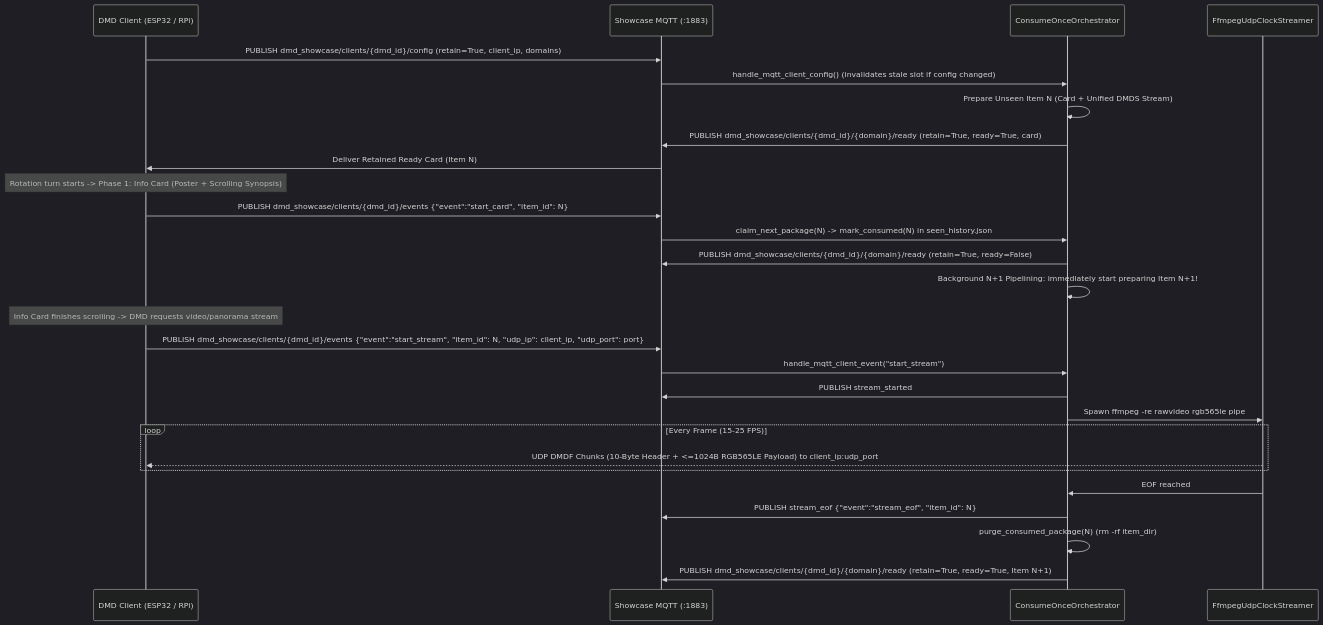
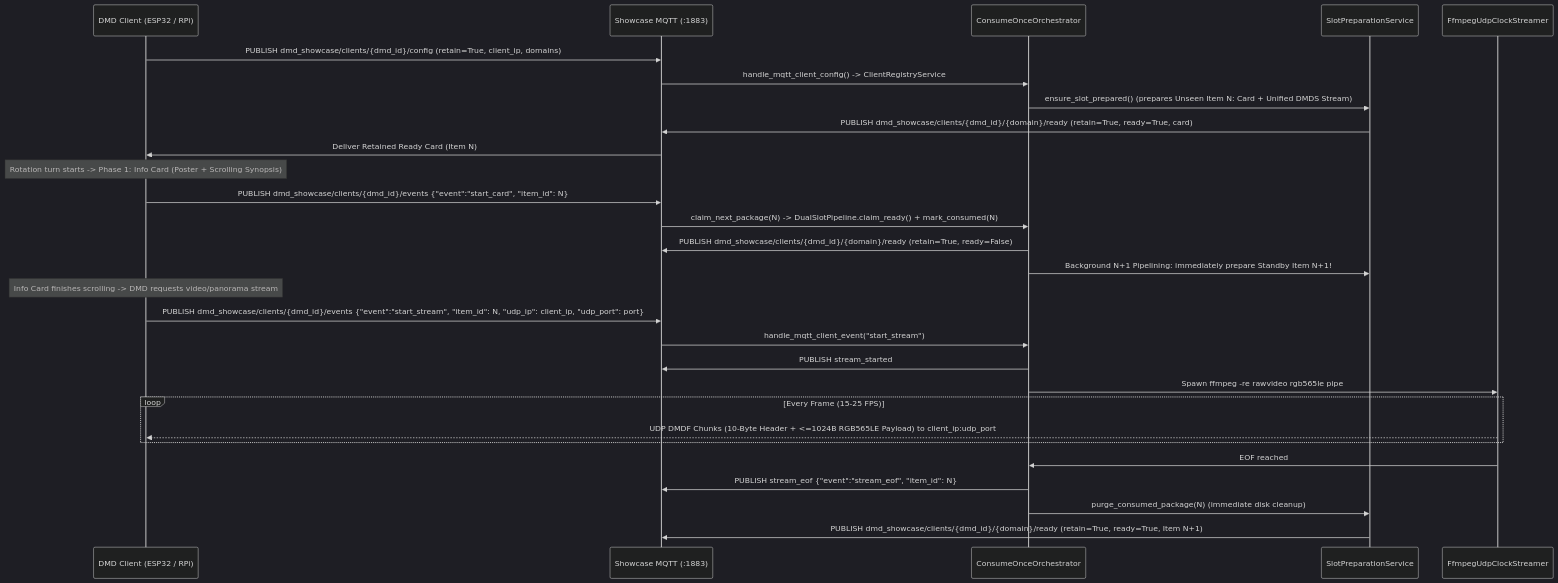
One commit to red77290/dmd_media_showcase changed the second of 2 diagrams in docs/ARCHITECTURE.md. Above: the diagram before and after it, drawn with Mermaid (dark theme). The commit also changed other lines of this file and 109 other files, not shown here.

````diff
--- a/docs/ARCHITECTURE.md
+++ b/docs/ARCHITECTURE.md
@@ -71,32 +100,33 @@
 ```mermaid
 sequenceDiagram
     participant DMD as DMD Client (ESP32 / RPi)
     participant MQTT as Showcase MQTT (:1883)
     participant ORCH as ConsumeOnceOrchestrator
+    participant PREP as SlotPreparationService
     participant FFMPEG as FfmpegUdpClockStreamer
 
     DMD->>MQTT: PUBLISH dmd_showcase/clients/{dmd_id}/config (retain=True, client_ip, domains)
-    MQTT->>ORCH: handle_mqtt_client_config() (invalidates stale slot if config changed)
-    ORCH->>ORCH: Prepare Unseen Item N (Card + Unified DMDS Stream)
-    ORCH->>MQTT: PUBLISH dmd_showcase/clients/{dmd_id}/{domain}/ready (retain=True, ready=True, card)
+    MQTT->>ORCH: handle_mqtt_client_config() -> ClientRegistryService
+    ORCH->>PREP: ensure_slot_prepared() (prepares Unseen Item N: Card + Unified DMDS Stream)
+    PREP->>MQTT: PUBLISH dmd_showcase/clients/{dmd_id}/{domain}/ready (retain=True, ready=True, card)
     MQTT->>DMD: Deliver Retained Ready Card (Item N)
 
     Note over DMD: Rotation turn starts -> Phase 1: Info Card (Poster + Scrolling Synopsis)
     DMD->>MQTT: PUBLISH dmd_showcase/clients/{dmd_id}/events {"event":"start_card", "item_id": N}
-    MQTT->>ORCH: claim_next_package(N) -> mark_consumed(N) in seen_history.json
+    MQTT->>ORCH: claim_next_package(N) -> DualSlotPipeline.claim_ready() + mark_consumed(N)
     ORCH->>MQTT: PUBLISH dmd_showcase/clients/{dmd_id}/{domain}/ready (retain=True, ready=False)
-    ORCH->>ORCH: Background N+1 Pipelining: immediately start preparing Item N+1!
+    ORCH->>PREP: Background N+1 Pipelining: immediately prepare Standby Item N+1!
 
     Note over DMD: Info Card finishes scrolling -> DMD requests video/panorama stream
     DMD->>MQTT: PUBLISH dmd_showcase/clients/{dmd_id}/events {"event":"start_stream", "item_id": N, "udp_ip": client_ip, "udp_port": port}
     MQTT->>ORCH: handle_mqtt_client_event("start_stream")
     ORCH->>MQTT: PUBLISH stream_started
     ORCH->>FFMPEG: Spawn ffmpeg -re rawvideo rgb565le pipe
     loop Every Frame (15-25 FPS)
         FFMPEG-->>DMD: UDP DMDF Chunks (10-Byte Header + <=1024B RGB565LE Payload) to client_ip:udp_port
     end
     FFMPEG->>ORCH: EOF reached
     ORCH->>MQTT: PUBLISH stream_eof {"event":"stream_eof", "item_id": N}
-    ORCH->>ORCH: purge_consumed_package(N) (rm -rf item_dir)
-    ORCH->>MQTT: PUBLISH dmd_showcase/clients/{dmd_id}/{domain}/ready (retain=True, ready=True, Item N+1)
+    ORCH->>PREP: purge_consumed_package(N) (immediate disk cleanup)
+    PREP->>MQTT: PUBLISH dmd_showcase/clients/{dmd_id}/{domain}/ready (retain=True, ready=True, Item N+1)
 ```
````
